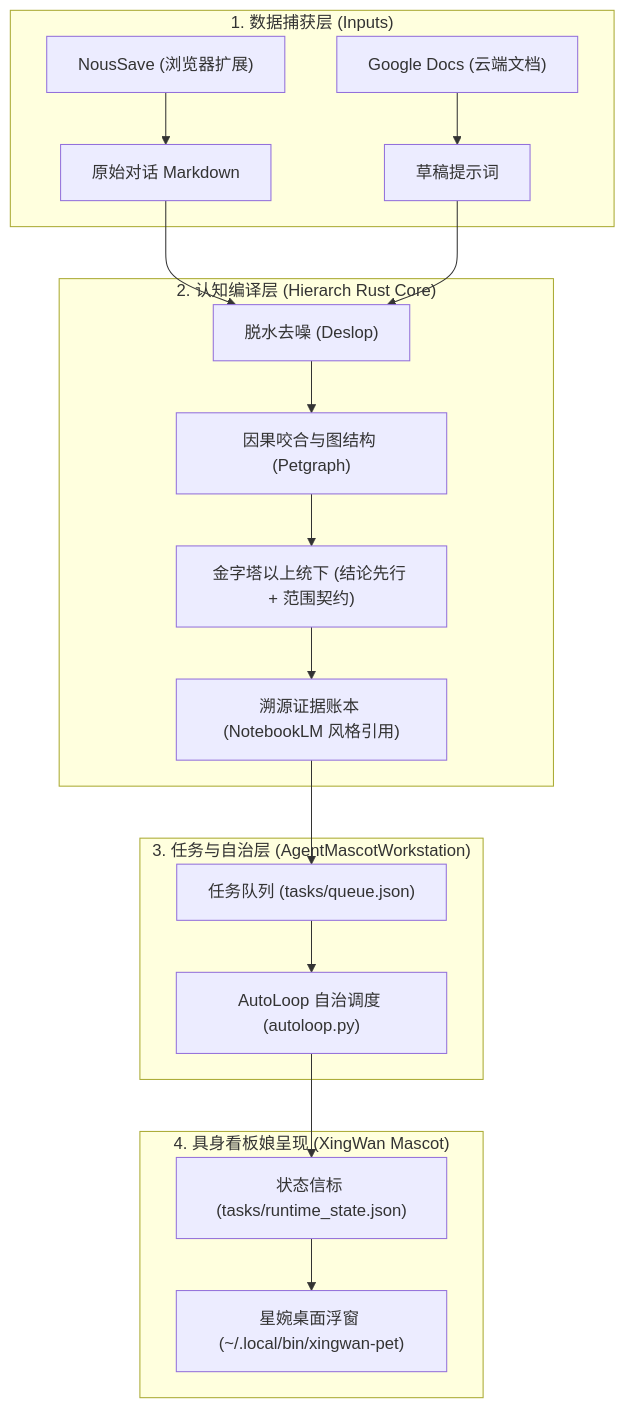
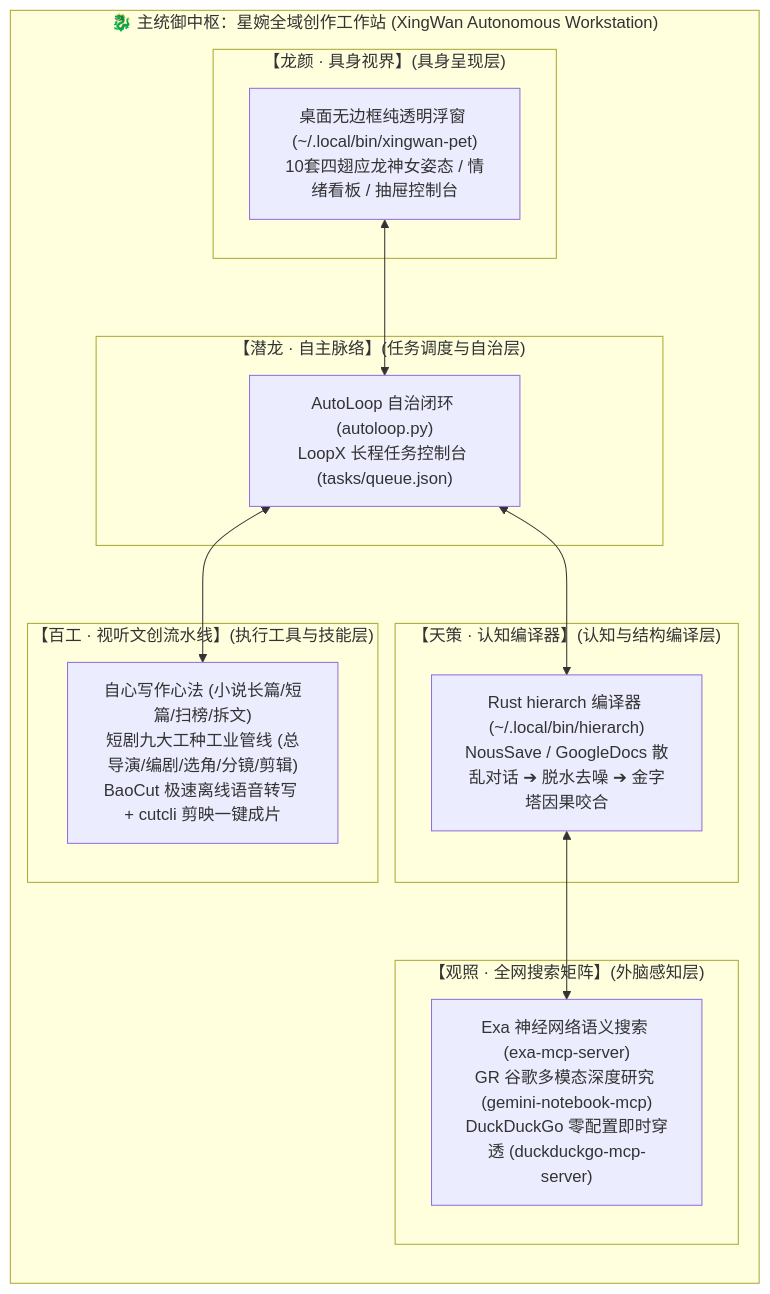
One commit to mkafw/AgentMascotWorkstation changed the diagram in memoir/2026-11-14_星婉全域系统架构回忆录_001.md. Above: the diagram before and after it, drawn with Mermaid. The commit also changed other lines of this file, not shown here.

Commit message:
docs: complete system history audit, layer naming, and unified master blueprint

````diff
--- a/memoir/2026-11-14_星婉全域系统架构回忆录_001.md
+++ b/memoir/2026-11-14_星婉全域系统架构回忆录_001.md
@@ -69,25 +48,31 @@
 ```mermaid
 flowchart TD
-    subgraph DataCollection ["1. 数据捕获层 (Inputs)"]
-        N["NousSave (浏览器扩展)"] --> RawMD["原始对话 Markdown"]
-        GDoc["Google Docs (云端文档)"] --> RawDoc["草稿提示词"]
-    end
+    subgraph XingWanMaster ["🐉 主统御中枢：星婉全域创作工作站 (XingWan Autonomous Workstation)"]
+        direction TB
 
-    subgraph CognitiveKernel ["2. 认知编译层 (Hierarch Rust Core)"]
-        RawMD --> Deslop["脱水去噪 (Deslop)"]
-        RawDoc --> Deslop
-        Deslop --> DAG["因果咬合与图结构 (Petgraph)"]
-        DAG --> Pyramid["金字塔以上统下 (结论先行 + 范围契约)"]
-        Pyramid --> Citations["溯源证据账本 (NotebookLM 风格引用)"]
-    end
+        subgraph Layer1 ["【龙颜 · 具身视界】(具身呈现层)"]
+            Mascot["桌面无边框纯透明浮窗 (~/.local/bin/xingwan-pet)<br/>10套四翅应龙神女姿态 / 情绪看板 / 抽屉控制台"]
+        end
 
-    subgraph Orchestration ["3. 任务与自治层 (AgentMascotWorkstation)"]
-        Citations --> TasksQueue["任务队列 (tasks/queue.json)"]
-        TasksQueue --> AutoLoopEngine["AutoLoop 自治调度 (autoloop.py)"]
-    end
+        subgraph Layer2 ["【潜龙 · 自主脉络】(任务调度与自治层)"]
+            Loop["AutoLoop 自治闭环 (autoloop.py)<br/>LoopX 长程任务控制台 (tasks/queue.json)"]
+        end
 
-    subgraph MascotFrontend ["4. 具身看板娘呈现 (XingWan Mascot)"]
-        AutoLoopEngine --> StateBeacon["状态信标 (tasks/runtime_state.json)"]
-        StateBeacon --> DeskPet["星婉桌面浮窗 (~/.local/bin/xingwan-pet)"]
+        subgraph Layer3 ["【天策 · 认知编译器】(认知与结构编译层)"]
+            Hierarch["Rust hierarch 编译器 (~/.local/bin/hierarch)<br/>NousSave / GoogleDocs 散乱对话 ➔ 脱水去噪 ➔ 金字塔因果咬合"]
+        end
+
+        subgraph Layer4 ["【观照 · 全网搜索矩阵】(外脑感知层)"]
+            SearchM["Exa 神经网络语义搜索 (exa-mcp-server)<br/>GR 谷歌多模态深度研究 (gemini-notebook-mcp)<br/>DuckDuckGo 零配置即时穿透 (duckduckgo-mcp-server)"]
+        end
+
+        subgraph Layer5 ["【百工 · 视听文创流水线】(执行工具与技能层)"]
+            Craft["自心写作心法 (小说长篇/短篇/扫榜/拆文)<br/>短剧九大工种工业管线 (总导演/编剧/选角/分镜/剪辑)<br/>BaoCut 极速离线语音转写 + cutcli 剪映一键成片"]
+        end
+
+        Mascot <--> Loop
+        Loop <--> Hierarch
+        Hierarch <--> SearchM
+        Loop <--> Craft
     end
 ```
````
